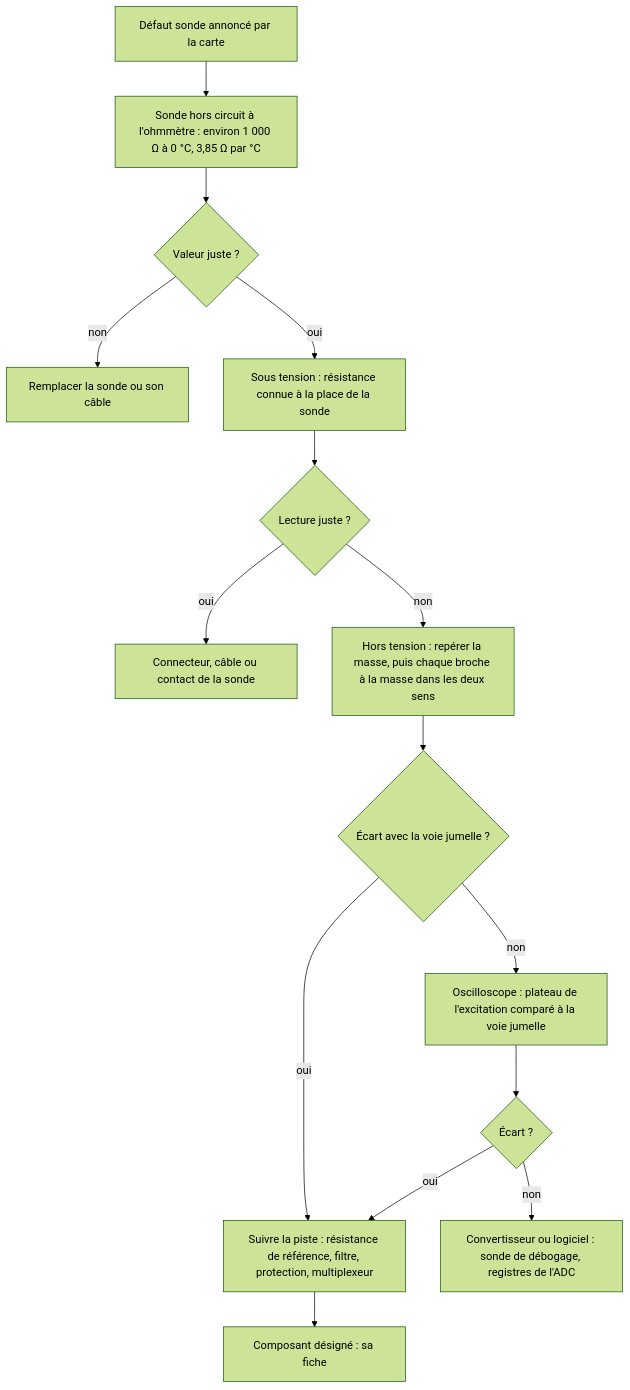
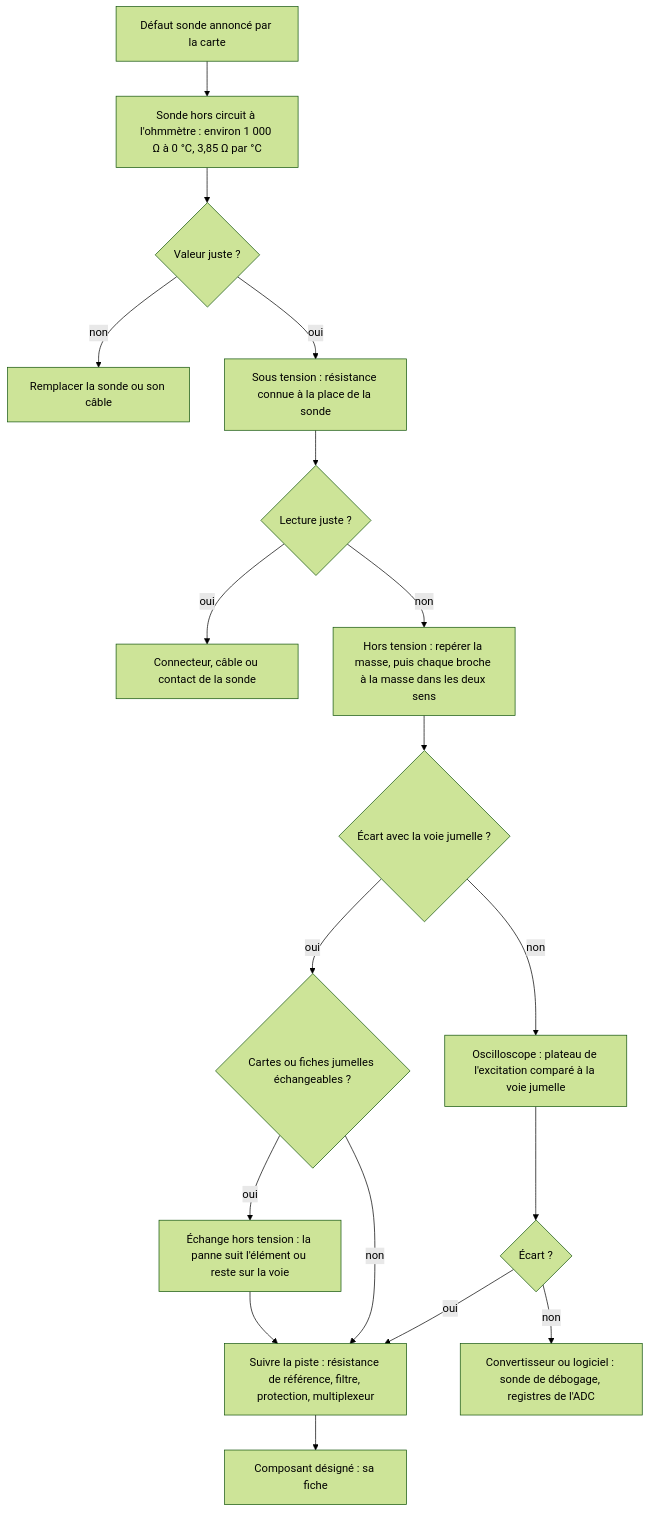
Before and after one commit to benoit-bremaud/ohm-sweet-ohm: the diagram in troubleshooting/94_voie_temperature/README.md, drawn with Mermaid (forest theme). The commit also changed other lines of this file and 10 other files, not shown here.

````diff
--- a/troubleshooting/94_voie_temperature/README.md
+++ b/troubleshooting/94_voie_temperature/README.md
@@ -55,17 +75,20 @@
 ```mermaid
 flowchart TD
   A[Défaut sonde annoncé par la carte] --> B[Sonde hors circuit à l'ohmmètre : environ 1 000 Ω à 0 °C, 3,85 Ω par °C]
   B --> C{Valeur juste ?}
   C -- non --> C1[Remplacer la sonde ou son câble]
   C -- oui --> D[Sous tension : résistance connue à la place de la sonde]
   D --> E{Lecture juste ?}
   E -- oui --> E1[Connecteur, câble ou contact de la sonde]
   E -- non --> F[Hors tension : repérer la masse, puis chaque broche à la masse dans les deux sens]
   F --> G{Écart avec la voie jumelle ?}
-  G -- oui --> H[Suivre la piste : résistance de référence, filtre, protection, multiplexeur]
+  G -- oui --> G1{Cartes ou fiches jumelles échangeables ?}
+  G1 -- oui --> G2[Échange hors tension : la panne suit l'élément ou reste sur la voie]
+  G2 --> H[Suivre la piste : résistance de référence, filtre, protection, multiplexeur]
+  G1 -- non --> H
   H --> H1[Composant désigné : sa fiche]
   G -- non --> I[Oscilloscope : plateau de l'excitation comparé à la voie jumelle]
   I --> J{Écart ?}
   J -- oui --> H
   J -- non --> K[Convertisseur ou logiciel : sonde de débogage, registres de l'ADC]
 ```
````
